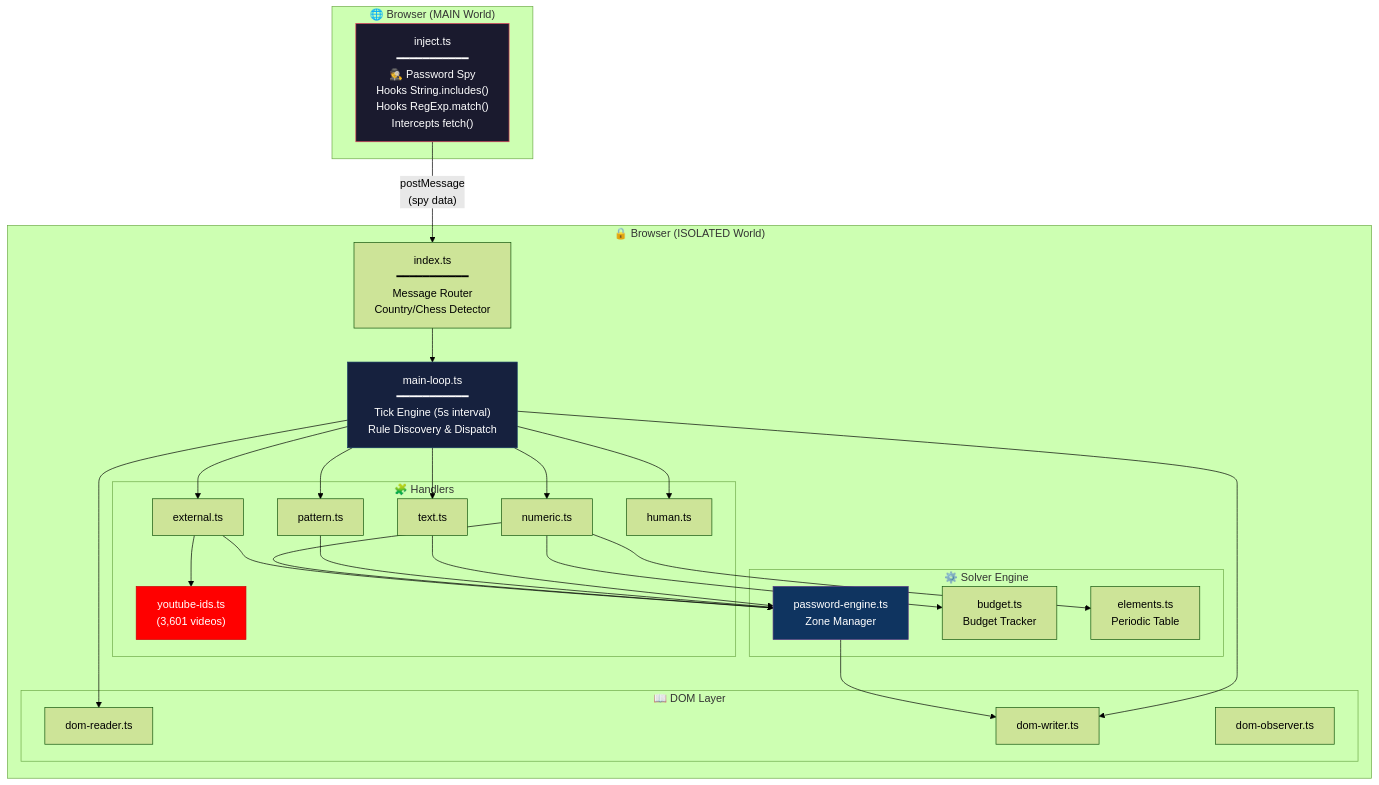
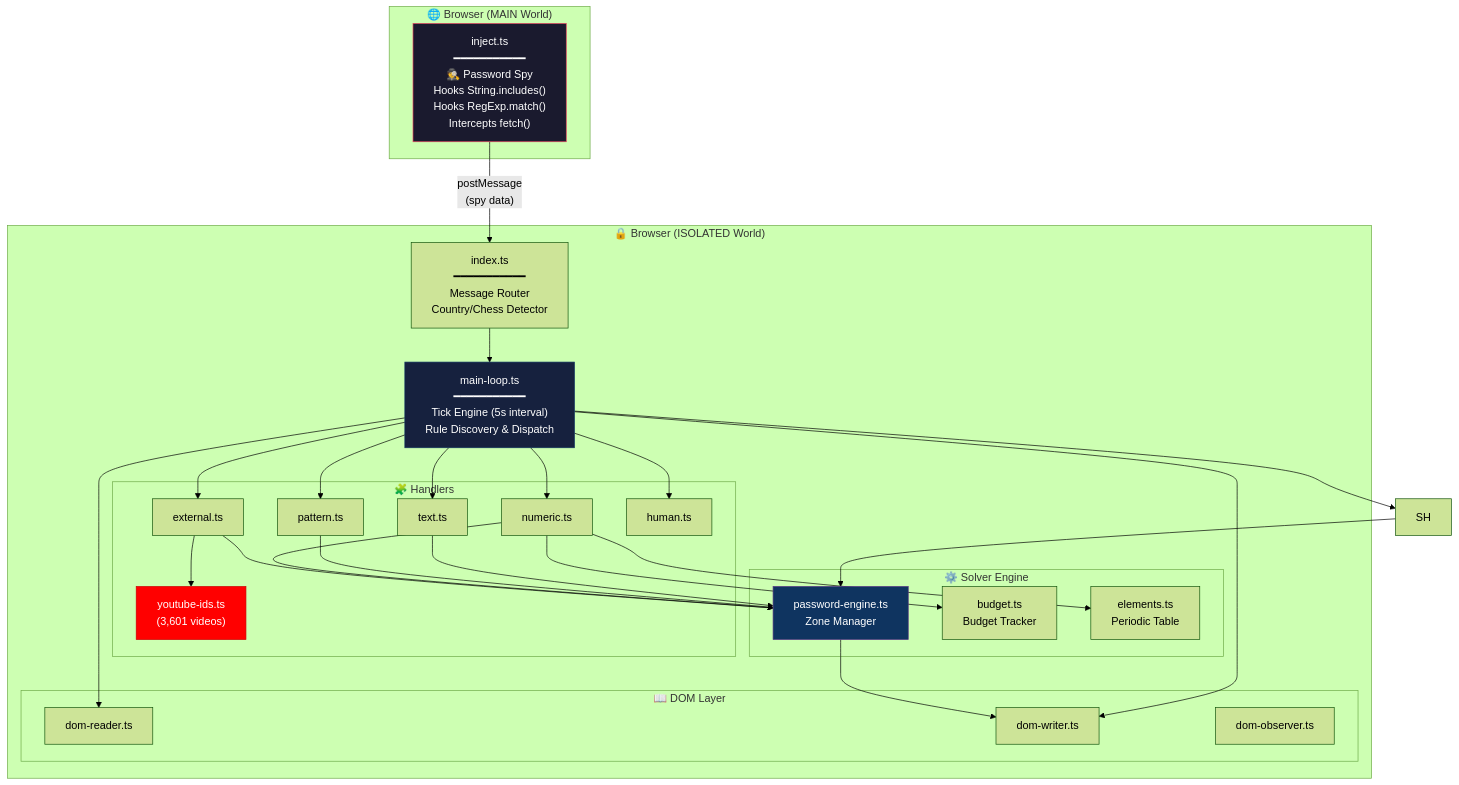
One commit to Tha-Nixo/ThePasswordCrack changed the diagram in README.md. Above: the diagram before and after it, drawn with Mermaid (forest theme). The commit also changed other lines of this file and 8 other files, not shown here.

````diff
--- a/README.md
+++ b/README.md
@@ -80,48 +86,48 @@
 ```mermaid
 graph TB
     subgraph "🌐 Browser (MAIN World)"
         INJ["inject.ts<br>━━━━━━━━━━━<br>🕵️ Password Spy<br>Hooks String.includes()<br>Hooks RegExp.match()<br>Intercepts fetch()"]
     end
 
     subgraph "🔒 Browser (ISOLATED World)"
         IDX["index.ts<br>━━━━━━━━━━━<br>Message Router<br>Country/Chess Detector"]
         ML["main-loop.ts<br>━━━━━━━━━━━<br>Tick Engine (5s interval)<br>Rule Discovery & Dispatch"]
         
         subgraph "📖 DOM Layer"
             DR["dom-reader.ts"]
             DW["dom-writer.ts"]
             DO["dom-observer.ts"]
         end
         
         subgraph "🧩 Handlers"
             TH["text.ts"]
             PH["pattern.ts"]
             NH["numeric.ts"]
             EH["external.ts"]
             HH["human.ts"]
             YT["youtube-ids.ts<br>(3,601 videos)"]
         end
         
         subgraph "⚙️ Solver Engine"
             PE["password-engine.ts<br>Zone Manager"]
             BT["budget.ts<br>Budget Tracker"]
             EL["elements.ts<br>Periodic Table"]
         end
     end
 
     INJ -- "postMessage<br>(spy data)" --> IDX
     IDX --> ML
     ML --> DR
     ML --> DW
-    ML --> TH & PH & NH & EH & HH
+    ML --> TH & PH & NH & EH & HH & SH
     EH --> YT
     NH --> BT
     NH --> EL
-    TH & PH & NH & EH --> PE
+    TH & PH & NH & EH & SH --> PE
     PE --> DW
 
     style INJ fill:#1a1a2e,stroke:#e94560,color:#fff
     style ML fill:#16213e,stroke:#0f3460,color:#fff
     style PE fill:#0f3460,stroke:#533483,color:#fff
     style YT fill:#ff0000,stroke:#cc0000,color:#fff
 ```
````
